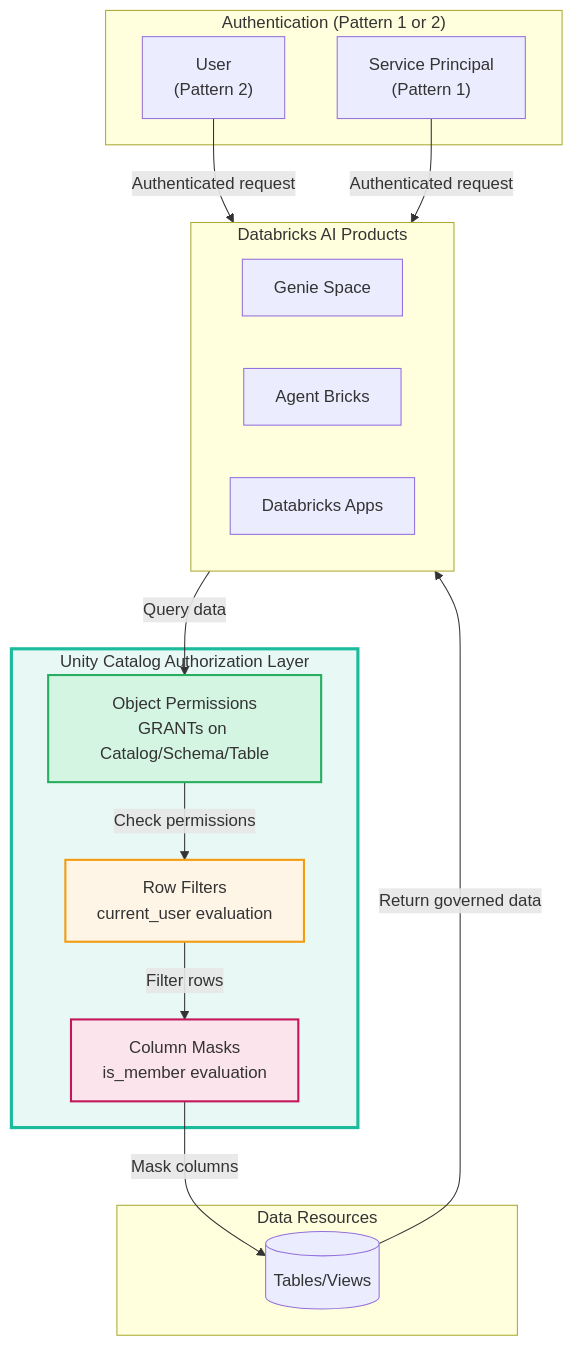
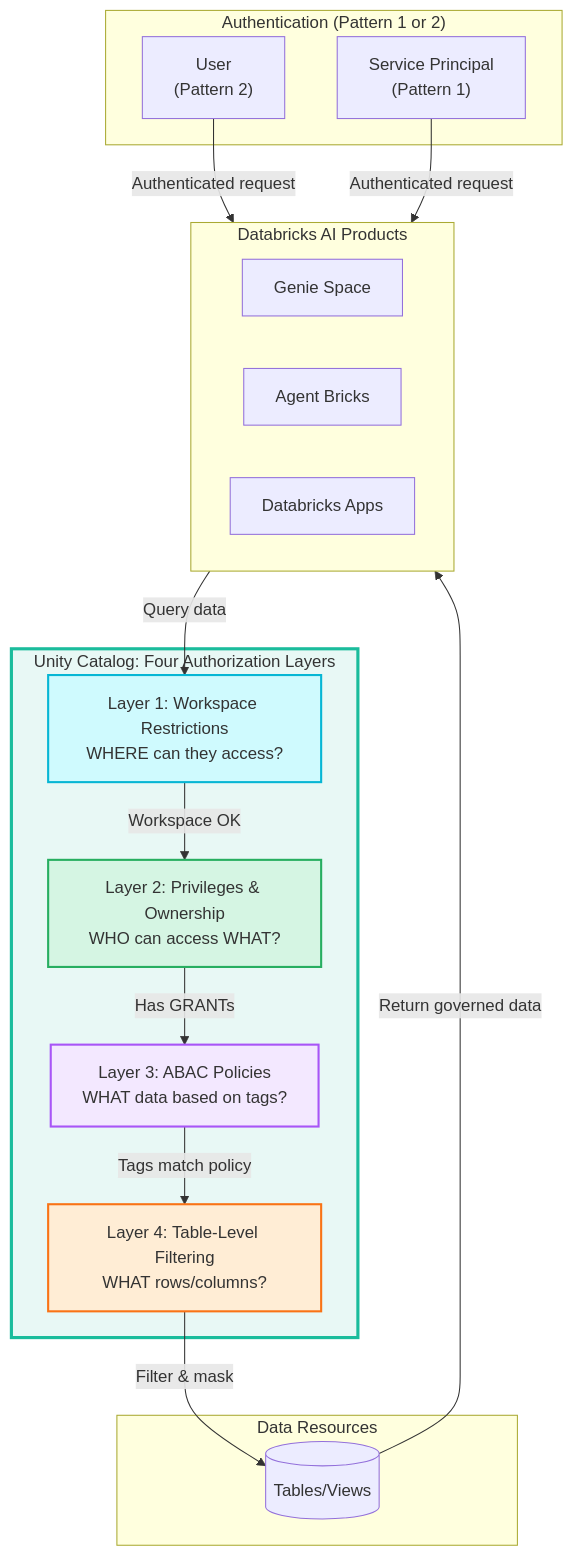
The first of 8 diagrams in ai-governance/02-AUTHORIZATION-WITH-UC.md (bhavink/databricks), drawn with Mermaid before and after one commit. The commit also changed other lines of this file and 11 other files, not shown here.

First line of the commit message:
Update AI governance docs with Agent Bricks use cases, four-layer access control, and interactive visualizations

````diff
--- a/ai-governance/02-AUTHORIZATION-WITH-UC.md
+++ b/ai-governance/02-AUTHORIZATION-WITH-UC.md
@@ -60,39 +68,42 @@
 ```mermaid
 flowchart TB
     subgraph Auth["Authentication (Pattern 1 or 2)"]
         User["User<br/>(Pattern 2)"]
         SP["Service Principal<br/>(Pattern 1)"]
     end
     
     subgraph Products["Databricks AI Products"]
         Genie[Genie Space]
         Agent[Agent Bricks]
         App[Databricks Apps]
     end
     
-    subgraph UC["Unity Catalog Authorization Layer"]
-        Grants[Object Permissions<br/>GRANTs on Catalog/Schema/Table]
-        RowFilters[Row Filters<br/>current_user evaluation]
-        ColMasks[Column Masks<br/>is_member evaluation]
+    subgraph UC["Unity Catalog: Four Authorization Layers"]
+        Layer1["Layer 1: Workspace Restrictions<br/>WHERE can they access?"]
+        Layer2["Layer 2: Privileges & Ownership<br/>WHO can access WHAT?"]
+        Layer3["Layer 3: ABAC Policies<br/>WHAT data based on tags?"]
+        Layer4["Layer 4: Table-Level Filtering<br/>WHAT rows/columns?"]
     end
     
     subgraph Data["Data Resources"]
         Tables[(Tables/Views)]
     end
     
     User -->|Authenticated request| Products
     SP -->|Authenticated request| Products
     
-    Products -->|Query data| Grants
+    Products -->|Query data| Layer1
     
-    Grants -->|Check permissions| RowFilters
-    RowFilters -->|Filter rows| ColMasks
-    ColMasks -->|Mask columns| Tables
+    Layer1 -->|Workspace OK| Layer2
+    Layer2 -->|Has GRANTs| Layer3
+    Layer3 -->|Tags match policy| Layer4
+    Layer4 -->|Filter & mask| Tables
     
     Tables -->|Return governed data| Products
     
     style UC fill:#e8f8f5,stroke:#1abc9c,stroke-width:3px
-    style Grants fill:#d5f5e3,stroke:#27ae60,stroke-width:2px
-    style RowFilters fill:#fef5e7,stroke:#f39c12,stroke-width:2px
-    style ColMasks fill:#fce4ec,stroke:#c2185b,stroke-width:2px
+    style Layer1 fill:#cffafe,stroke:#06b6d4,stroke-width:2px
+    style Layer2 fill:#d5f5e3,stroke:#27ae60,stroke-width:2px
+    style Layer3 fill:#f3e8ff,stroke:#a855f7,stroke-width:2px
+    style Layer4 fill:#ffedd5,stroke:#f97316,stroke-width:2px
 ```
````
